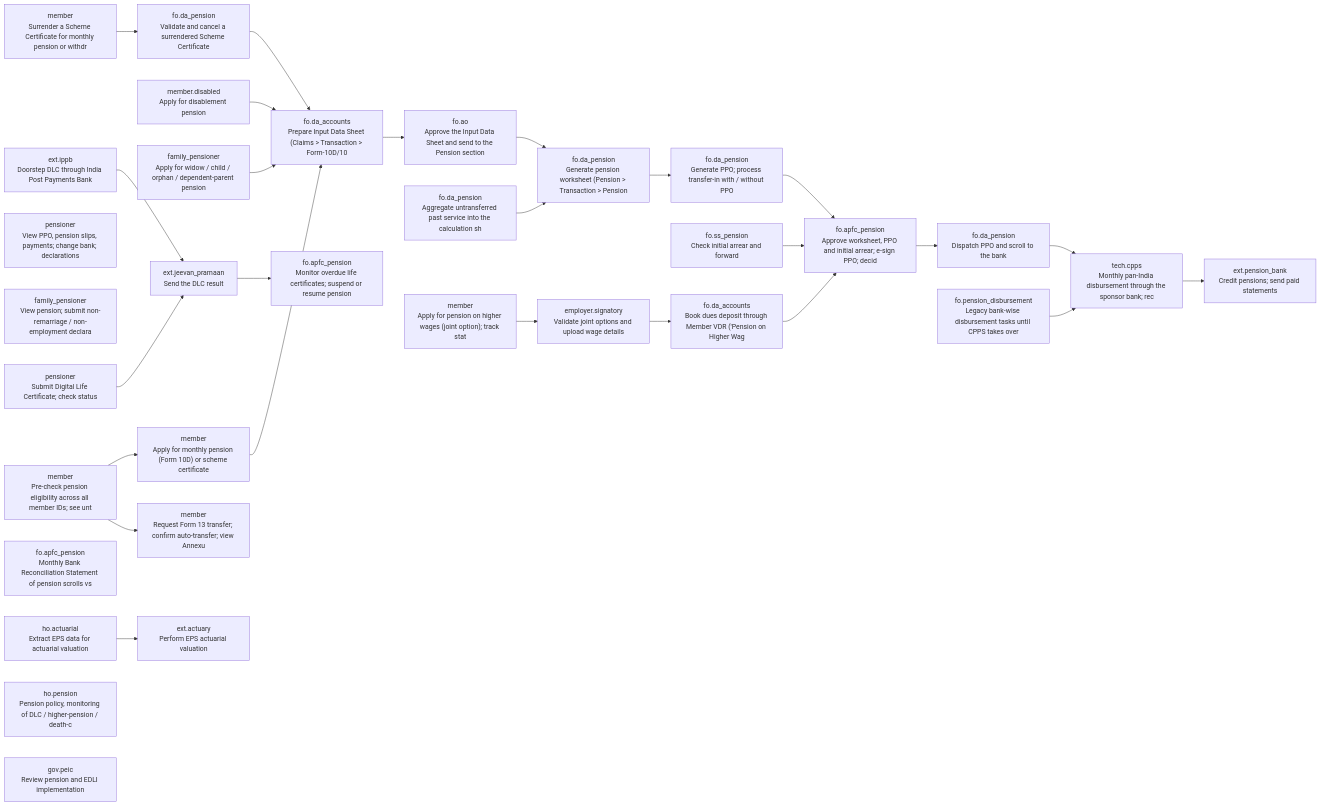
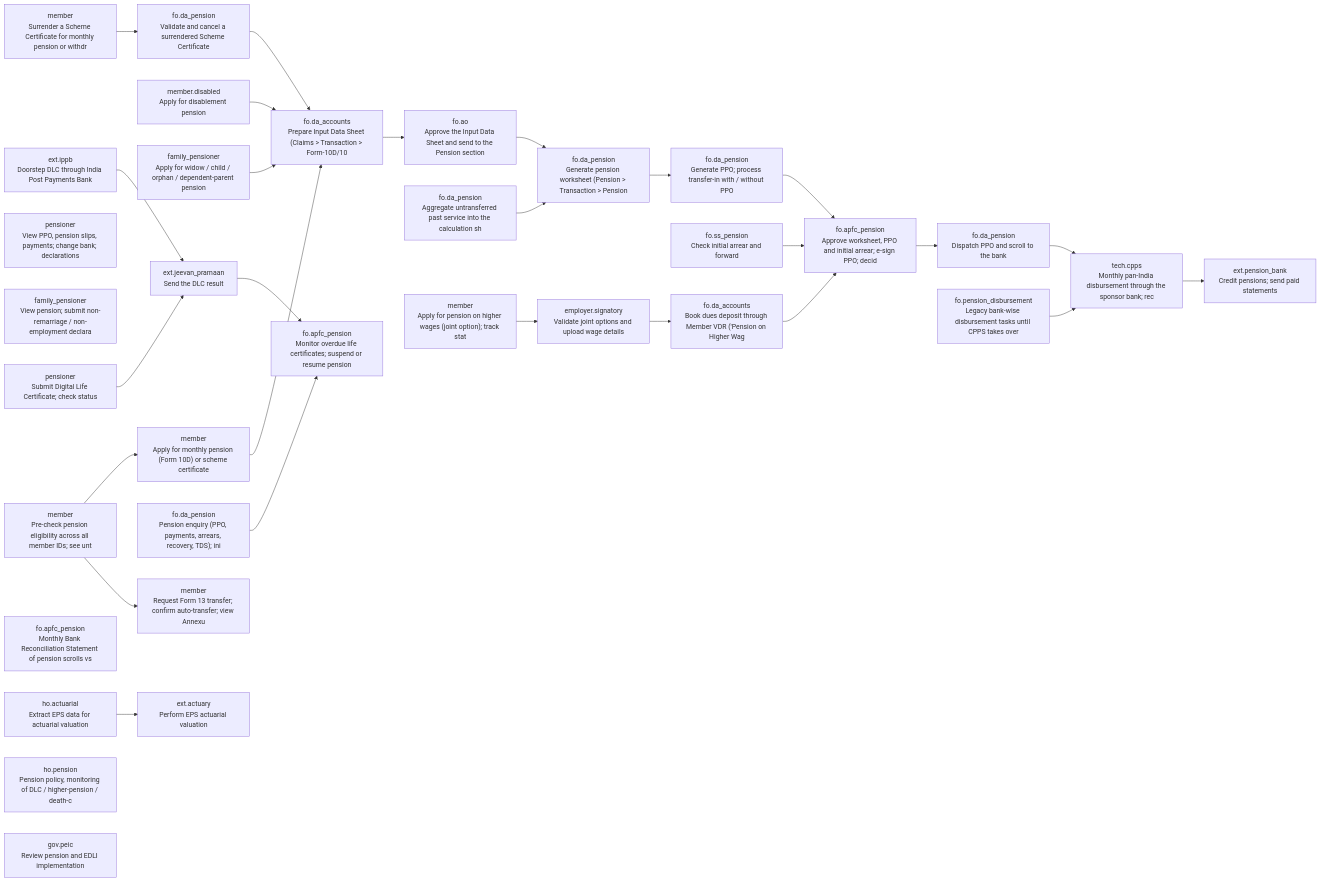
Before and after one commit to gauravmeena0708/pf-life: the fifth of 14 diagrams in docs/stakeholder-api-sets.md, drawn with Mermaid. The commit also changed other lines of this file and 14 other files, not shown here.

````diff
--- a/docs/stakeholder-api-sets.md
+++ b/docs/stakeholder-api-sets.md
@@ -1519,59 +1536,61 @@
 ```mermaid
 flowchart LR
   F05_apply["member<br/>Apply for monthly pension (Form 10D) or scheme certificate"]
   F05_preview["member<br/>Pre-check pension eligibility across all member IDs; see unt"]
   F05_sc_surrender["member<br/>Surrender a Scheme Certificate for monthly pension or withdr"]
   F05_disabled_apply["member.disabled<br/>Apply for disablement pension"]
   F05_family_apply["family_pensioner<br/>Apply for widow / child / orphan / dependent-parent pension"]
   F05_ids["fo.da_accounts<br/>Prepare Input Data Sheet (Claims > Transaction > Form-10D/10"]
   F05_ids_approve["fo.ao<br/>Approve the Input Data Sheet and send to the Pension section"]
   F05_worksheet["fo.da_pension<br/>Generate pension worksheet (Pension > Transaction > Pension "]
   F05_aggregate["fo.da_pension<br/>Aggregate untransferred past service into the calculation sh"]
   F05_sc_adjudicate["fo.da_pension<br/>Validate and cancel a surrendered Scheme Certificate"]
   F05_ppo["fo.da_pension<br/>Generate PPO; process transfer-in with / without PPO"]
   F05_initial_arrear["fo.ss_pension<br/>Check initial arrear and forward"]
   F05_ppo_approve["fo.apfc_pension<br/>Approve worksheet, PPO and initial arrear; e-sign PPO; decid"]
   F05_dispatch["fo.da_pension<br/>Dispatch PPO and scroll to the bank"]
   F05_cpps["tech.cpps<br/>Monthly pan-India disbursement through the sponsor bank; rec"]
   F05_disbursement_section["fo.pension_disbursement<br/>Legacy bank-wise disbursement tasks until CPPS takes over"]
   F05_bank["ext.pension_bank<br/>Credit pensions; send paid statements"]
   F05_pensioner_view["pensioner<br/>View PPO, pension slips, payments; change bank; declarations"]
   F05_family_view["family_pensioner<br/>View pension; submit non-remarriage / non-employment declara"]
   F05_dlc["pensioner<br/>Submit Digital Life Certificate; check status"]
   F05_dlc_event["ext.jeevan_pramaan<br/>Send the DLC result"]
   F05_dlc_doorstep["ext.ippb<br/>Doorstep DLC through India Post Payments Bank"]
   F05_dlc_monitor["fo.apfc_pension<br/>Monitor overdue life certificates; suspend or resume pension"]
+  F05_updation["fo.da_pension<br/>Pension enquiry (PPO, payments, arrears, recovery, TDS); ini"]
   F05_brs["fo.apfc_pension<br/>Monthly Bank Reconciliation Statement of pension scrolls vs "]
   F05_higher_member["member<br/>Apply for pension on higher wages (joint option); track stat"]
   F05_higher_employer["employer.signatory<br/>Validate joint options and upload wage details"]
   F05_higher_deposit["fo.da_accounts<br/>Book dues deposit through Member VDR ('Pension on Higher Wag"]
   F05_actuarial["ho.actuarial<br/>Extract EPS data for actuarial valuation"]
   F05_valuation["ext.actuary<br/>Perform EPS actuarial valuation"]
   F05_policy["ho.pension<br/>Pension policy, monitoring of DLC / higher-pension / death-c"]
   F05_peic["gov.peic<br/>Review pension and EDLI implementation"]
   F05_apply --> F05_ids
   F04_transfer["member<br/>Request Form 13 transfer; confirm auto-transfer; view Annexu"]
   F05_preview --> F04_transfer
   F05_preview --> F05_apply
   F05_sc_surrender --> F05_sc_adjudicate
   F05_disabled_apply --> F05_ids
   F05_family_apply --> F05_ids
   F05_ids --> F05_ids_approve
   F05_ids_approve --> F05_worksheet
   F05_worksheet --> F05_ppo
   F05_aggregate --> F05_worksheet
   F05_sc_adjudicate --> F05_ids
   F05_ppo --> F05_ppo_approve
   F05_initial_arrear --> F05_ppo_approve
   F05_ppo_approve --> F05_dispatch
   F05_dispatch --> F05_cpps
   F05_cpps --> F05_bank
   F05_disbursement_section --> F05_cpps
   F05_dlc --> F05_dlc_event
   F05_dlc_event --> F05_dlc_monitor
   F05_dlc_doorstep --> F05_dlc_event
+  F05_updation --> F05_dlc_monitor
   F05_higher_member --> F05_higher_employer
   F05_higher_employer --> F05_higher_deposit
   F05_higher_deposit --> F05_ppo_approve
   F05_actuarial --> F05_valuation
 ```
````
